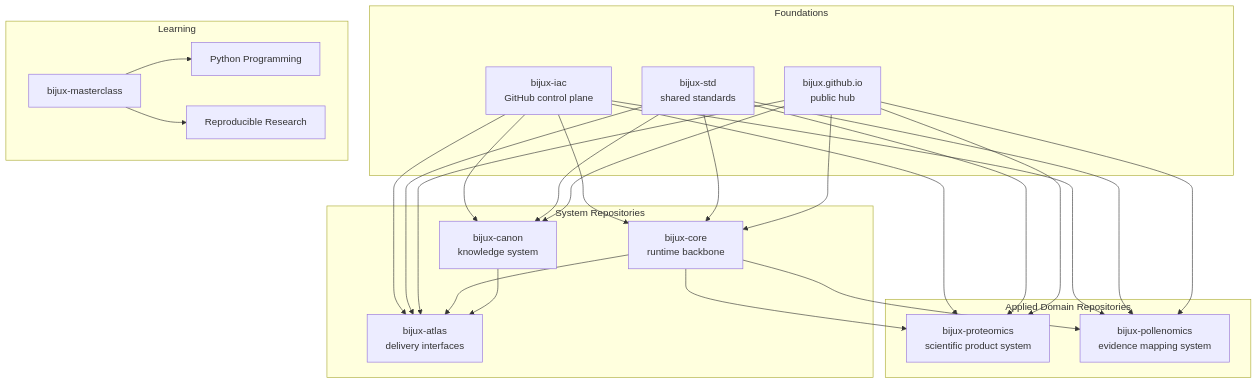
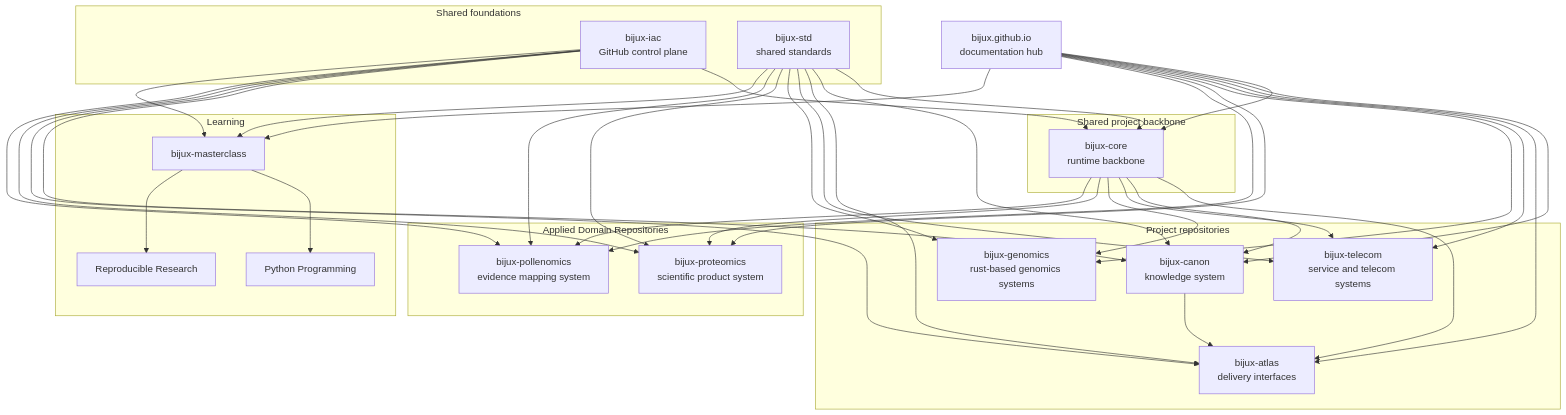
One commit to bijux/bijux.github.io changed the first of 2 diagrams in docs/index.md. Above: the diagram before and after it, drawn with Mermaid. The commit also changed other lines of this file, not shown here.

Commit message:
docs(home): correct family hierarchy

````diff
--- a/docs/index.md
+++ b/docs/index.md
@@ -95,47 +98,63 @@
 ```mermaid
 graph TD
-    subgraph foundations["Foundations"]
+    subgraph shared["Shared foundations"]
         iac["bijux-iac<br/>GitHub control plane"]
         std["bijux-std<br/>shared standards"]
-        hub["bijux.github.io<br/>public hub"]
     end
 
-    subgraph systems["System Repositories"]
+    hub["bijux.github.io<br/>documentation hub"]
+
+    subgraph backbone["Shared project backbone"]
         core["bijux-core<br/>runtime backbone"]
+    end
+
+    subgraph systems["Project repositories"]
         canon["bijux-canon<br/>knowledge system"]
         atlas["bijux-atlas<br/>delivery interfaces"]
+        telecom["bijux-telecom<br/>service and telecom systems"]
+        genomics["bijux-genomics<br/>rust-based genomics systems"]
     end
 
     subgraph domains["Applied Domain Repositories"]
         proteomics["bijux-proteomics<br/>scientific product system"]
         pollenomics["bijux-pollenomics<br/>evidence mapping system"]
     end
 
     subgraph learning["Learning"]
         masterclass["bijux-masterclass"]
         python["Python Programming"]
         reproducible["Reproducible Research"]
     end
 
     iac --> core
     iac --> canon
     iac --> atlas
     iac --> proteomics
     iac --> pollenomics
     std --> core
     std --> canon
     std --> atlas
+    std --> telecom
+    std --> genomics
     std --> proteomics
     std --> pollenomics
     hub --> core
     hub --> canon
     hub --> atlas
+    hub --> telecom
+    hub --> genomics
     hub --> proteomics
     hub --> pollenomics
     core --> atlas
+    core --> canon
+    core --> telecom
+    core --> genomics
     canon --> atlas
     core --> proteomics
     core --> pollenomics
+    std --> masterclass
+    iac --> masterclass
+    hub --> masterclass
     masterclass --> python
     masterclass --> reproducible
 ```
````
